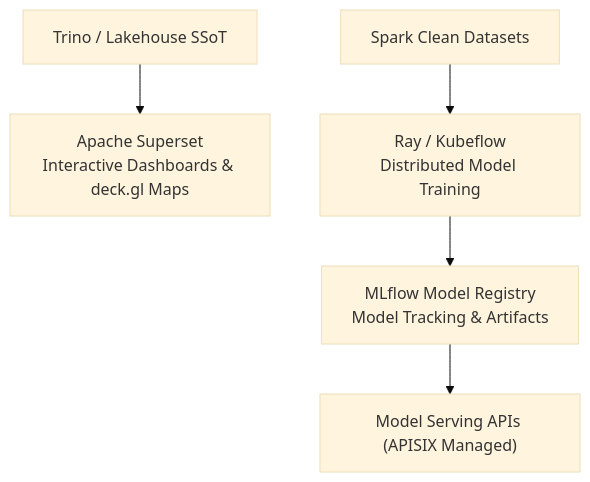
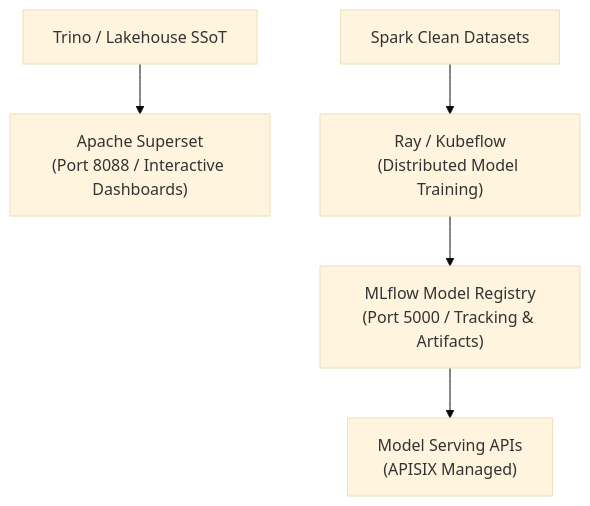
One commit to linuxmalaysia/bda-ai-infra changed the diagram in openwiki/solutions/bi-and-mlops.md. Above: the diagram before and after it, drawn with Mermaid (base theme). The commit also changed other lines of this file and 18 other files, not shown here.

Commit message:
feat: add dual-render diagram AI skill and refactor all existing diagrams

````diff
--- a/openwiki/solutions/bi-and-mlops.md
+++ b/openwiki/solutions/bi-and-mlops.md
@@ -22,7 +67,7 @@
 ```mermaid
 flowchart TD
-    TrinoData["Trino / Lakehouse SSoT"] --> Superset["Apache Superset<br/>Interactive Dashboards & deck.gl Maps"]
-    SparkData["Spark Clean Datasets"] --> Training["Ray / Kubeflow<br/>Distributed Model Training"]
-    Training --> MLflow["MLflow Model Registry<br/>Model Tracking & Artifacts"]
-    MLflow --> Inference["Model Serving APIs (APISIX Managed)"]
+    TrinoData["Trino / Lakehouse SSoT"] --> Superset["Apache Superset<br/>(Port 8088 / Interactive Dashboards)"]
+    SparkData["Spark Clean Datasets"] --> Training["Ray / Kubeflow<br/>(Distributed Model Training)"]
+    Training --> MLflow["MLflow Model Registry<br/>(Port 5000 / Tracking &amp; Artifacts)"]
+    MLflow --> Inference["Model Serving APIs<br/>(APISIX Managed)"]
 ```
````
